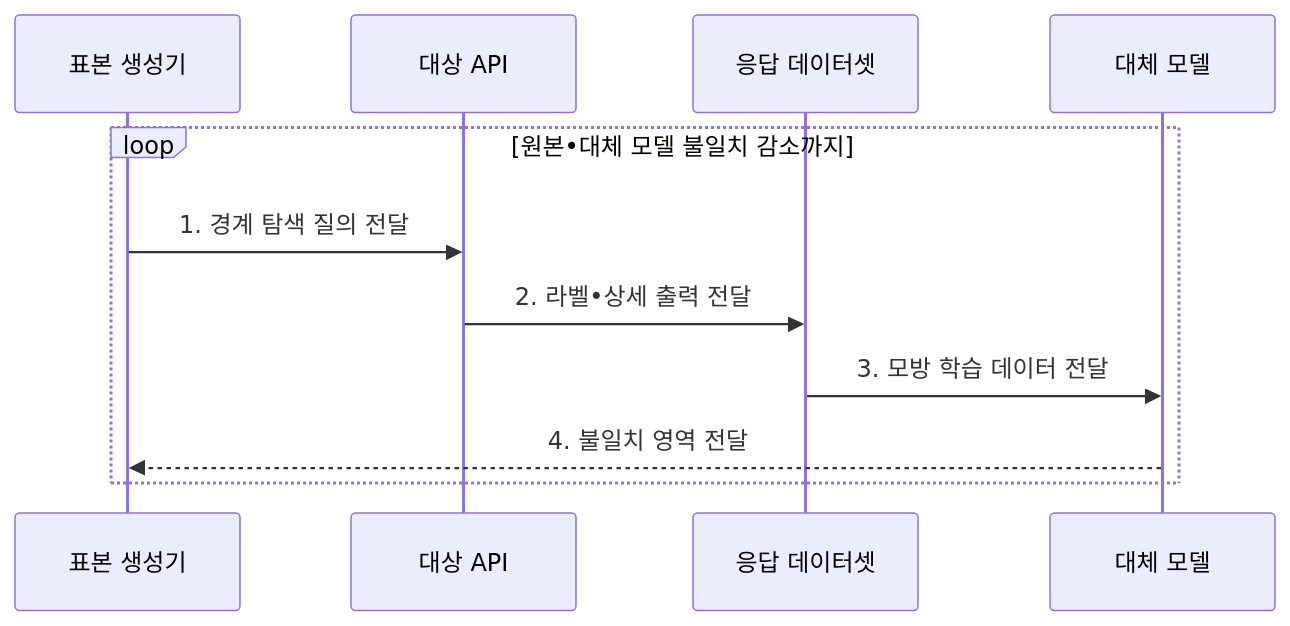
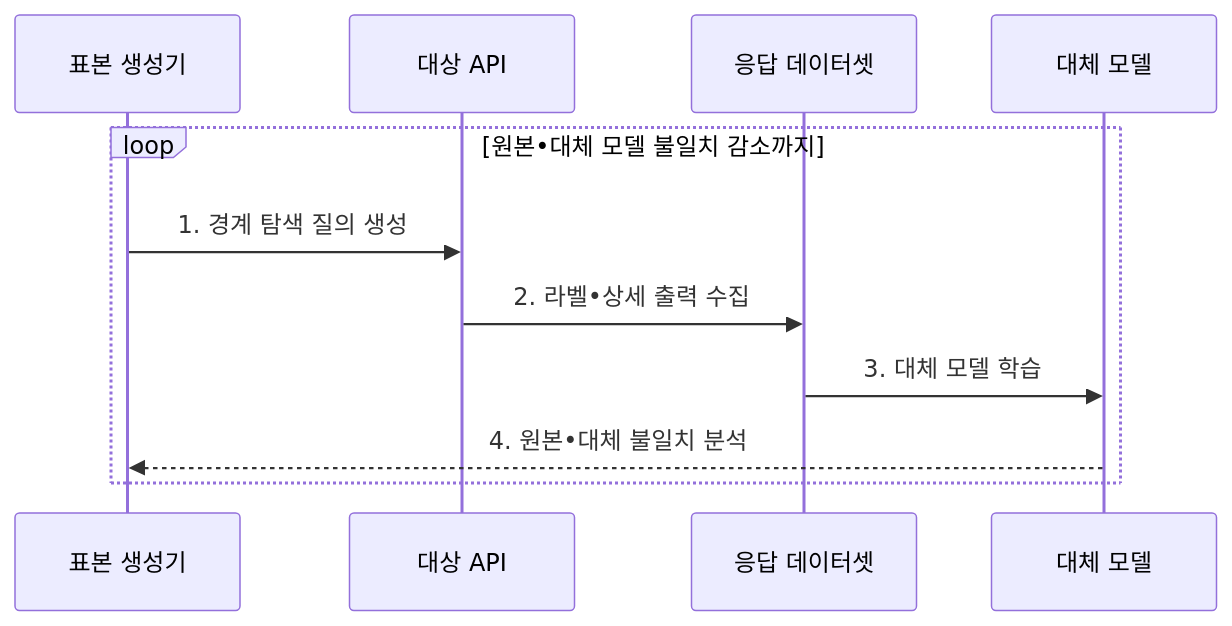
Before and after one commit to agnusdei1207/knowledge-base: the second of 2 diagrams in src/content/docs/notes/08-latest-tech/119_model_extraction.md, drawn with Mermaid. The commit also changed other lines of this file and 15 other files, not shown here.

````diff
--- a/src/content/docs/notes/08-latest-tech/119_model_extraction.md
+++ b/src/content/docs/notes/08-latest-tech/119_model_extraction.md
@@ -107,13 +107,13 @@
 ```mermaid
 sequenceDiagram
     participant S as 표본 생성기
     participant A as 대상 API
     participant D as 응답 데이터셋
     participant M as 대체 모델
     loop 원본•대체 모델 불일치 감소까지
-        S->>A: 1. 경계 탐색 질의 전달
-        A->>D: 2. 라벨•상세 출력 전달
-        D->>M: 3. 모방 학습 데이터 전달
-        M-->>S: 4. 불일치 영역 전달
+        S->>A: 1. 경계 탐색 질의 생성
+        A->>D: 2. 라벨•상세 출력 수집
+        D->>M: 3. 대체 모델 학습
+        M-->>S: 4. 원본•대체 불일치 분석
     end
 ```
````
